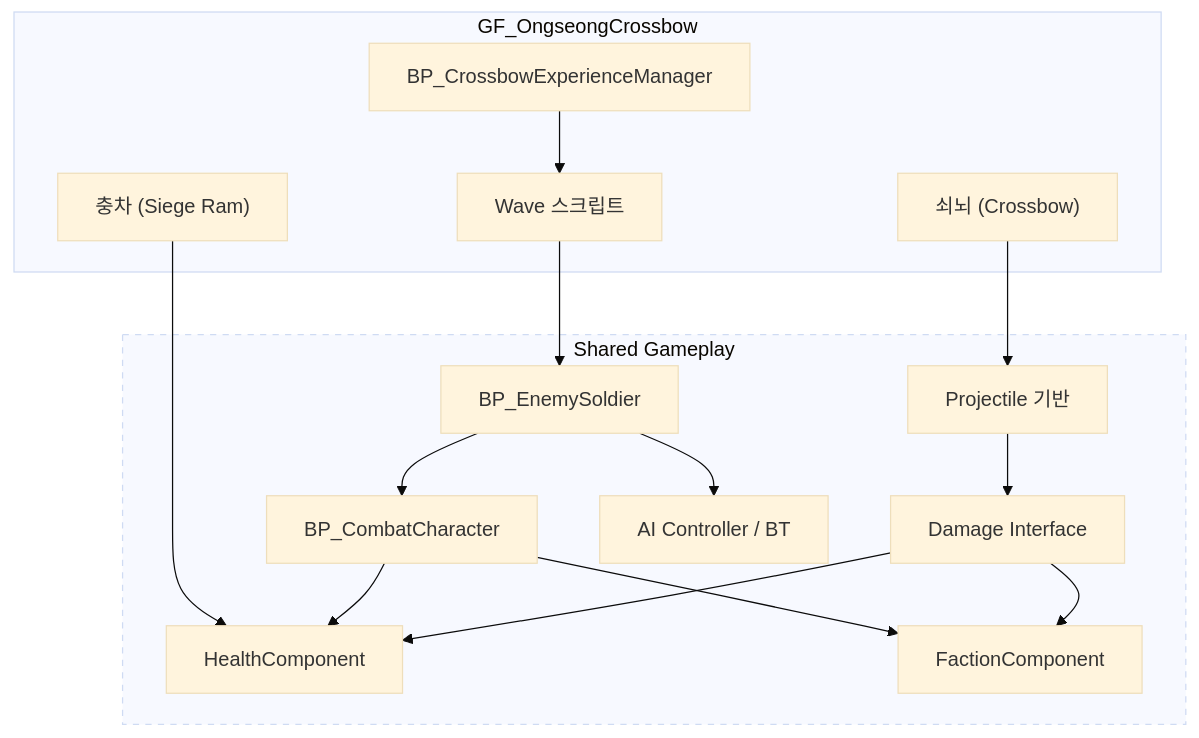
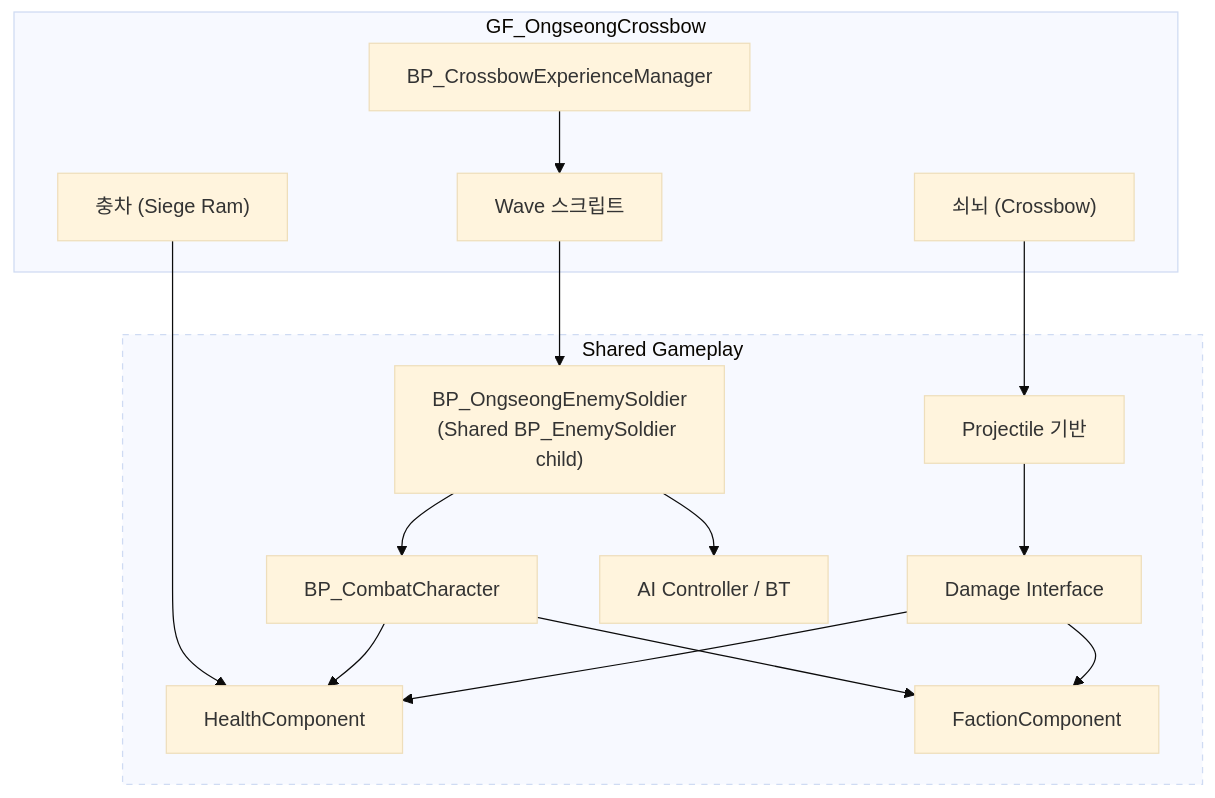
The diagram in docs/OngseongCrossbow/STATUS.md (jihoon-c/SuwonSiegeContestVR), drawn with Mermaid (base theme) before and after one commit. The commit also changed other lines of this file and 7 other files, not shown here.

````diff
--- a/docs/OngseongCrossbow/STATUS.md
+++ b/docs/OngseongCrossbow/STATUS.md
@@ -58,33 +59,33 @@
 ```mermaid
 graph TD
     subgraph GF["GF_OngseongCrossbow"]
       CB["쇠뇌 (Crossbow)"]
       RAM["충차 (Siege Ram)"]
       WAVE["Wave 스크립트"]
       MGR["BP_CrossbowExperienceManager"]
     end
 
     subgraph SHARED["Shared Gameplay"]
-      ENEMY["BP_EnemySoldier"]
+      ENEMY["BP_OngseongEnemySoldier<br/>(Shared BP_EnemySoldier child)"]
       CC["BP_CombatCharacter"]
       HP["HealthComponent"]
       FAC["FactionComponent"]
       DMG["Damage Interface"]
       PROJ["Projectile 기반"]
       AI["AI Controller / BT"]
     end
 
     MGR --> WAVE
     WAVE --> ENEMY
     CB --> PROJ
     PROJ --> DMG
     DMG --> FAC
     DMG --> HP
     ENEMY --> CC
     CC --> HP
     CC --> FAC
     ENEMY --> AI
     RAM --> HP
 
     style SHARED stroke-dasharray: 5 5
 ```
````
